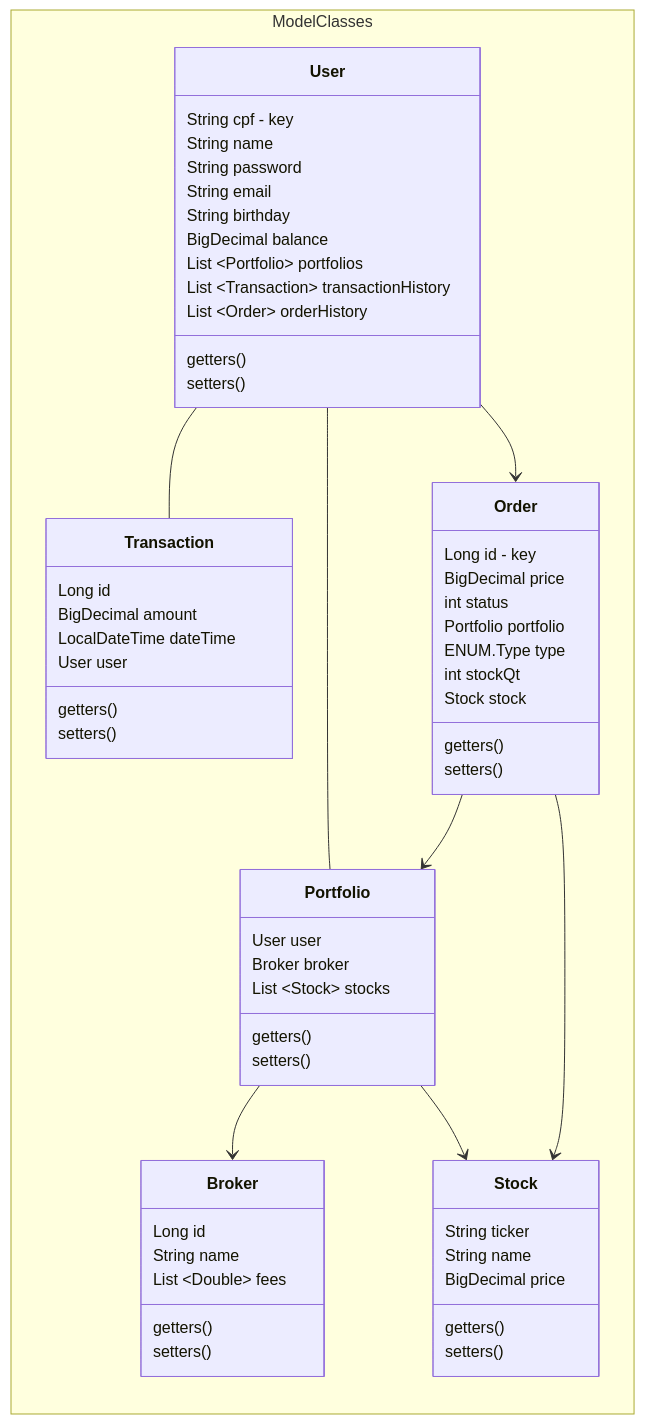
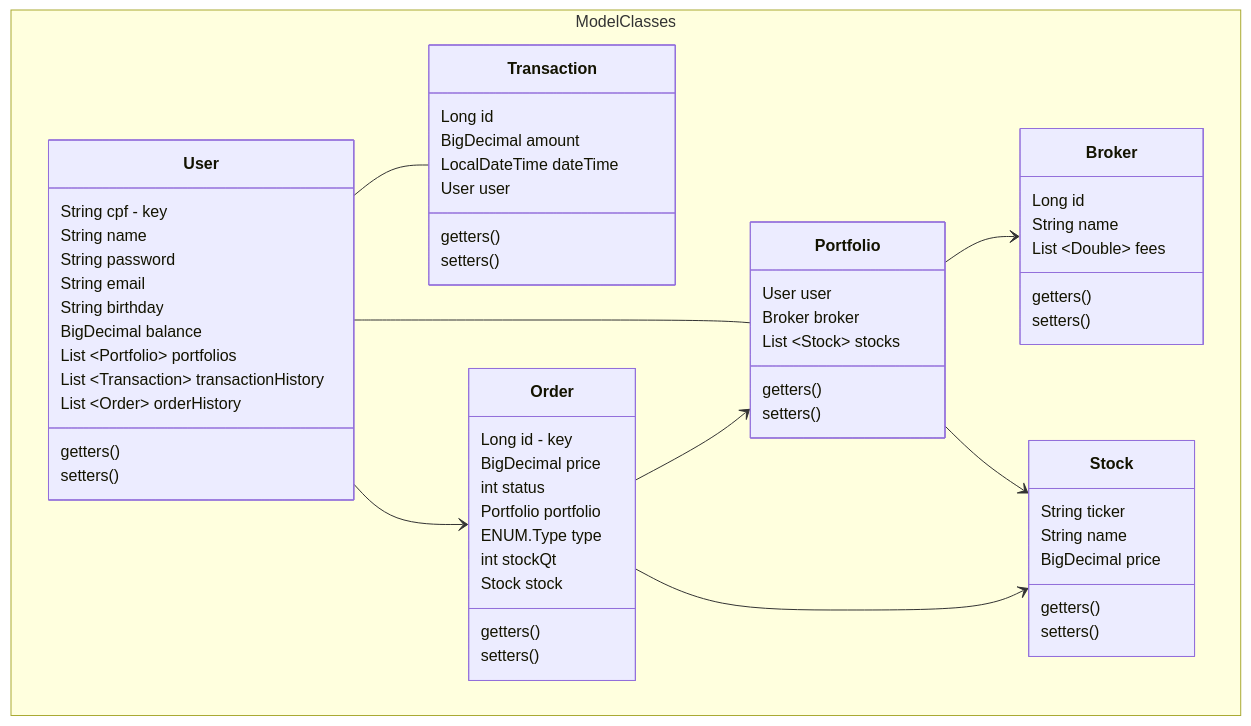
One commit to leialemon/projeto-web-b3 changed the first of 2 diagrams in README.md. Above: the diagram before and after it, drawn with Mermaid. The commit also changed other lines of this file, not shown here.

````diff
--- a/README.md
+++ b/README.md
@@ -11,76 +11,75 @@
 ```mermaid
 classDiagram
-direction RL
 namespace ModelClasses {
 
 class User {
     String cpf - key
     String name
     String password
     String email
     String birthday
     BigDecimal balance
     List ~Portfolio~ portfolios
     List ~Transaction~ transactionHistory
     List ~Order~ orderHistory
     getters()
     setters()
 }
 
 class Order{
     Long id - key
     BigDecimal price
     int status
     Portfolio portfolio
     ENUM.Type type
     int stockQt
     Stock stock
     getters()
     setters()
 }
 
 class Stock{
     String ticker
     String name
     BigDecimal price
     getters()
     setters()
 }
 
 class Broker{
     Long id
     String name
     List ~Double~ fees
     getters()
     setters()
 }
 
 class Portfolio{
     User user
     Broker broker
     List ~Stock~ stocks
     getters()
     setters()
 }
 
 class Transaction{
     Long id
     BigDecimal amount
     LocalDateTime dateTime
     User user
     getters()
     setters()
 }
 
 }
 
 User -- Transaction
 User -- Portfolio
 User --> Order
 
 Order --> Portfolio
 Order --> Stock
 
 Portfolio --> Broker
 Portfolio --> Stock
 ```
````
